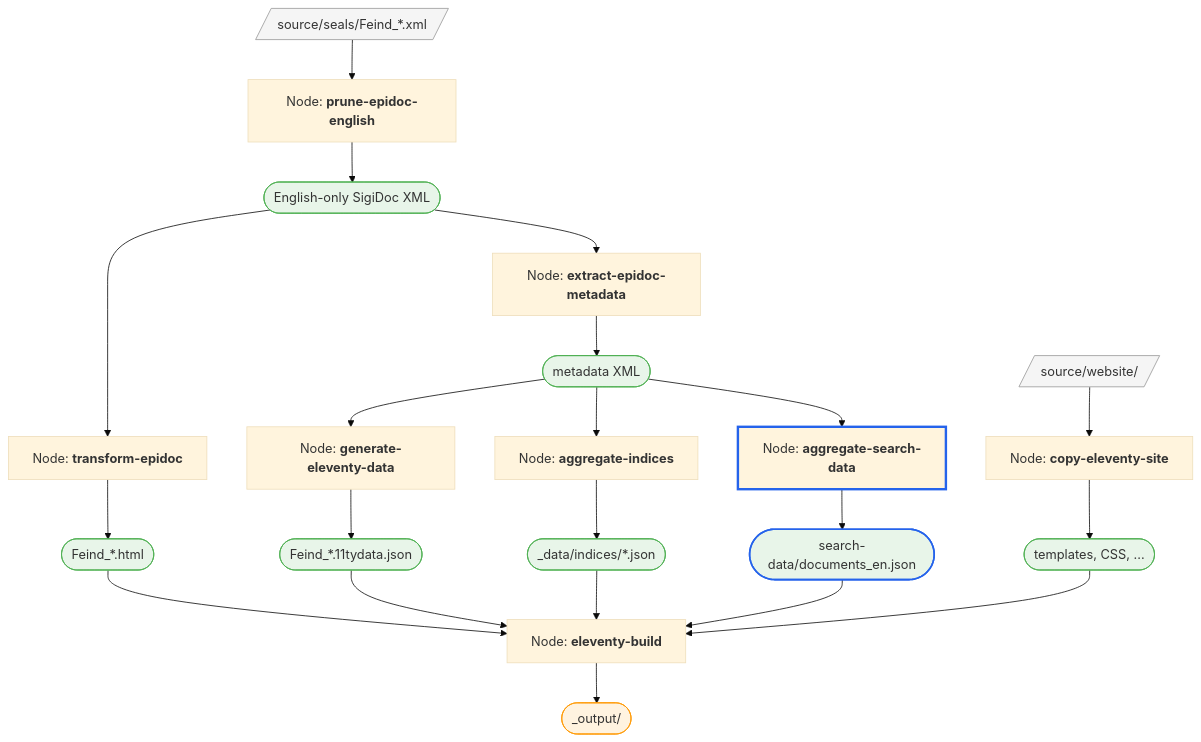
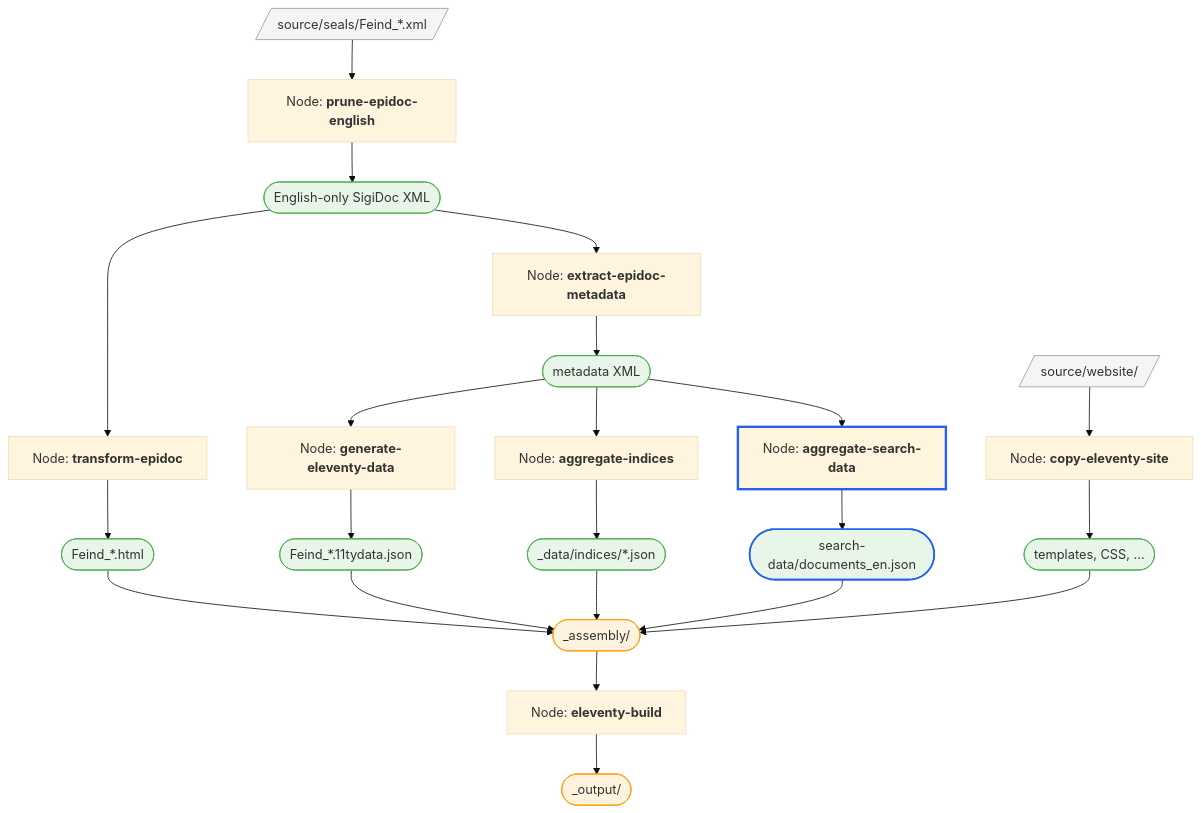
One commit to olvidalo/efes-ng-prototype changed the diagram in docs/tutorial/search.md. Above: the diagram before and after it, drawn with Mermaid (base theme). The commit also changed other lines of this file and 113 other files, not shown here.

````diff
--- a/docs/tutorial/search.md
+++ b/docs/tutorial/search.md
@@ -285,51 +284,54 @@
 ```mermaid
 flowchart TD
   seals[/"source/seals/Feind_*.xml"/]
   templates[/"source/website/"/]
 
   prune["Node: <b>prune-epidoc-english</b>"]
   transform["Node: <b>transform-epidoc</b>"]
   extract["Node: <b>extract-epidoc-metadata</b>"]
   data["Node: <b>generate-eleventy-data</b>"]
   agg["Node: <b>aggregate-indices</b>"]
   search["Node: <b>aggregate-search-data</b>"]
   copy["Node: <b>copy-eleventy-site</b>"]
   build["Node: <b>eleventy-build</b>"]
 
   pruned(["English-only SigiDoc XML"])
   html(["Feind_*.html"])
   meta(["metadata XML"])
   json(["Feind_*.11tydata.json"])
   idxjson(["_data/indices/*.json"])
   searchjson(["search-data/documents_en.json"])
   site(["templates, CSS, ..."])
   output(["_output/"])
+  assembly(["_assembly/"])
 
   seals --> prune --> pruned
   pruned --> transform --> html
   pruned --> extract --> meta
   meta --> data --> json
   meta --> agg --> idxjson
   meta --> search --> searchjson
   templates --> copy --> site
 
-  html --> build
-  json --> build
-  idxjson --> build
-  searchjson --> build
-  site --> build
+  html --> assembly
+  json --> assembly
+  idxjson --> assembly
+  searchjson --> assembly
+  site --> assembly
+  assembly --> build
   build --> output
 
   style seals fill:#f5f5f5,stroke:#999
   style templates fill:#f5f5f5,stroke:#999
   style pruned fill:#e8f5e9,stroke:#4caf50
   style html fill:#e8f5e9,stroke:#4caf50
   style meta fill:#e8f5e9,stroke:#4caf50
   style json fill:#e8f5e9,stroke:#4caf50
   style idxjson fill:#e8f5e9,stroke:#4caf50
   style searchjson fill:#e8f5e9,stroke:#4caf50
   style site fill:#e8f5e9,stroke:#4caf50
   style output fill:#fff3e0,stroke:#ff9800
+  style assembly fill:#fff3e0,stroke:#ff9800
   style search stroke:#2563eb,stroke-width:3px
   style searchjson stroke:#2563eb,stroke-width:2px
 ```
````
